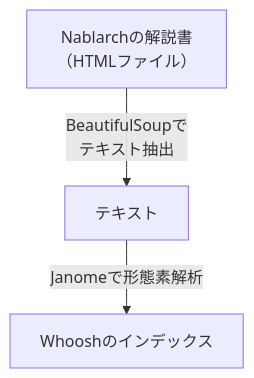
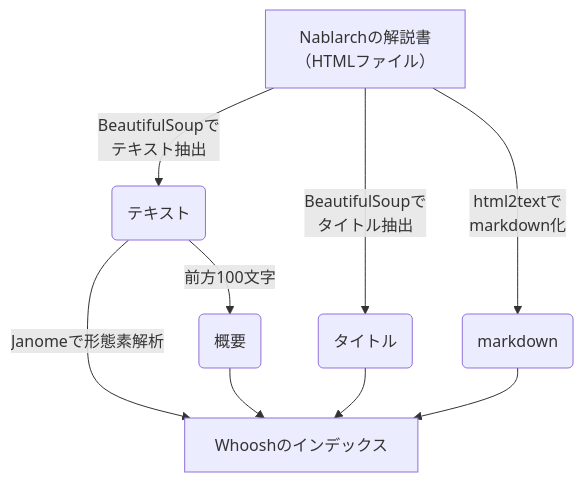
The second of 2 diagrams in README.md (backpaper0/nabchan-mcp-server), drawn with Mermaid before and after one commit. The commit also changed other lines of this file, not shown here.

Commit message:
Update archtecture in README

````diff
--- a/README.md
+++ b/README.md
@@ -52,8 +53,18 @@
 ```mermaid
 graph TD
-   a[Nablarchの解説書<br>（HTMLファイル）]
-   b[テキスト]
-   c[Whooshのインデックス]
-   a -->|BeautifulSoupで<br>テキスト抽出| b
-   b -->|Janomeで形態素解析| c
+   h[Nablarchの解説書<br>（HTMLファイル）]
+   c(テキスト)
+   d(概要)
+   t(タイトル)
+   m(markdown)
+   i[Whooshのインデックス]
+
+   h -->|BeautifulSoupで<br>テキスト抽出| c
+   c -->|Janomeで形態素解析| i
+   c -->|前方100文字| d
+   d --> i
+   h -->|BeautifulSoupで<br>タイトル抽出|t
+   t --> i
+   h -->|html2textで<br>markdown化| m
+   m --> i
 ```
````
